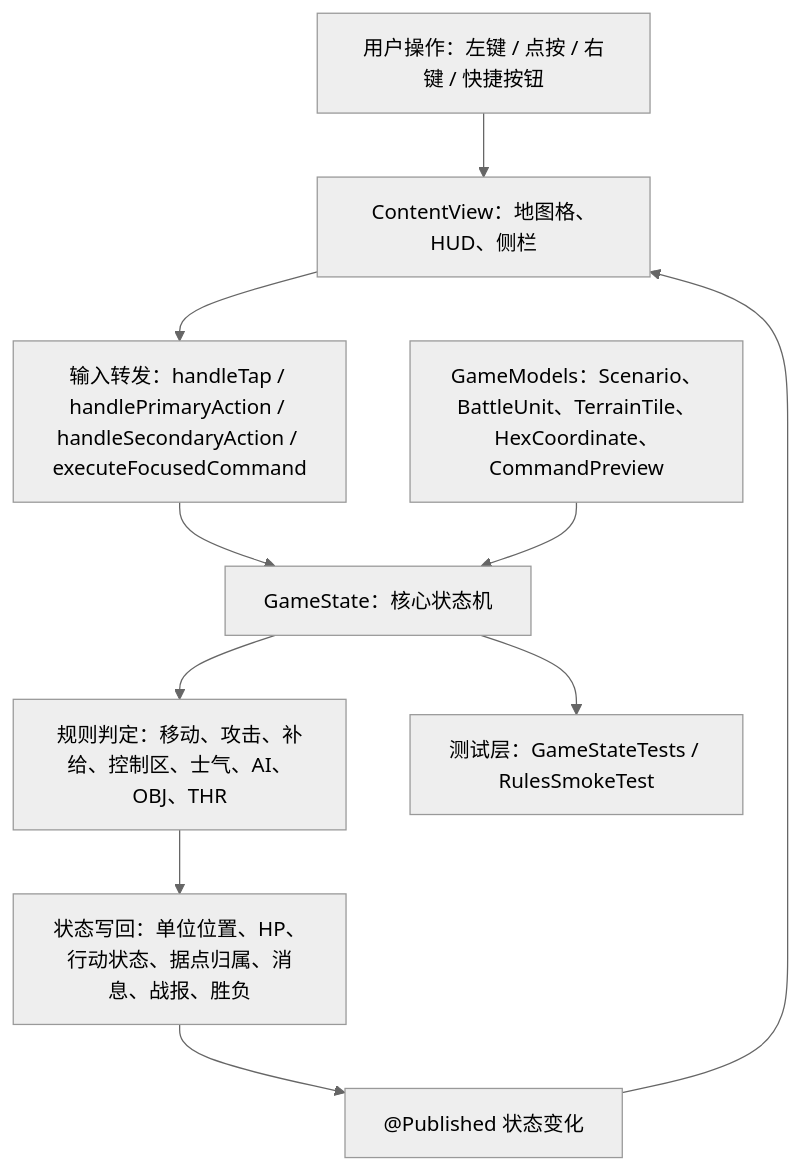
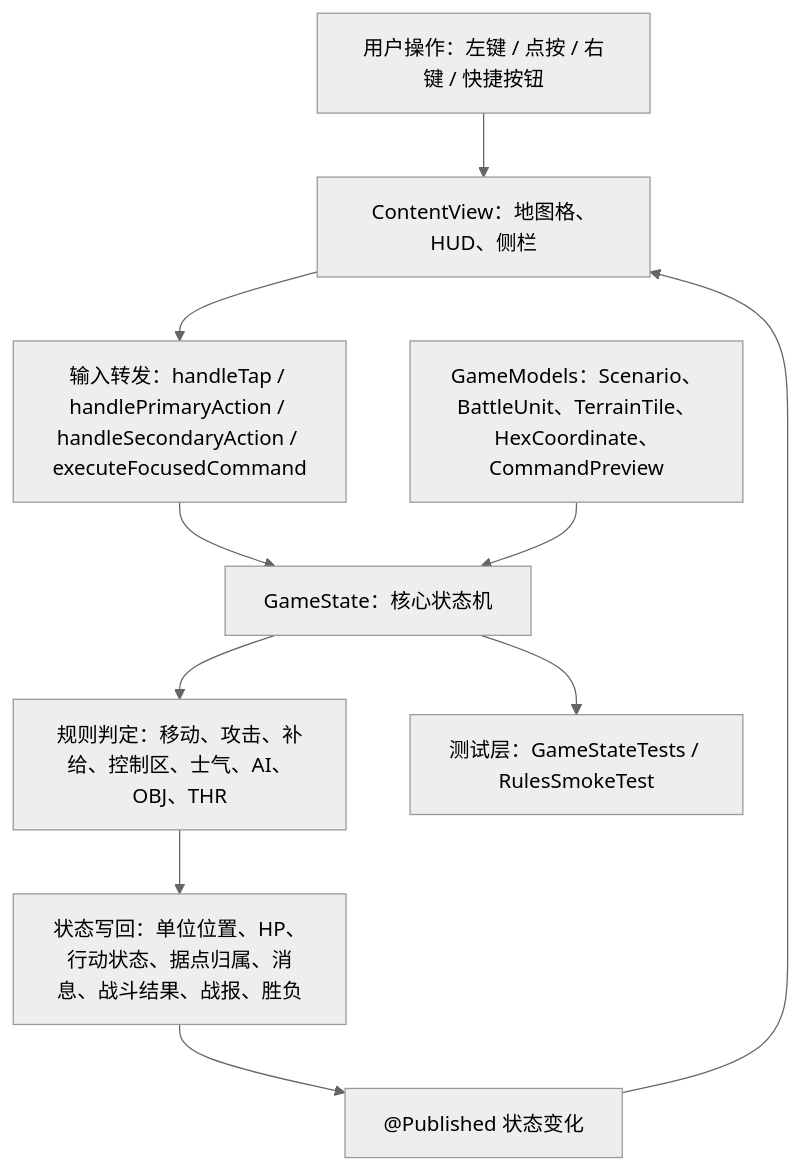
One commit to Altman-sam114/116 changed the first of 5 diagrams in md/flow/flowchart.md. Above: the diagram before and after it, drawn with Mermaid (neutral theme). The commit also changed other lines of this file and 9 other files, not shown here.

````diff
--- a/md/flow/flowchart.md
+++ b/md/flow/flowchart.md
@@ -9,12 +9,12 @@
 ```mermaid
 flowchart TD
   U["用户操作：左键 / 点按 / 右键 / 快捷按钮"] --> V["ContentView：地图格、HUD、侧栏"]
   V --> I["输入转发：handleTap / handlePrimaryAction / handleSecondaryAction / executeFocusedCommand"]
   I --> S["GameState：核心状态机"]
   M["GameModels：Scenario、BattleUnit、TerrainTile、HexCoordinate、CommandPreview"] --> S
   S --> R["规则判定：移动、攻击、补给、控制区、士气、AI、OBJ、THR"]
-  R --> W["状态写回：单位位置、HP、行动状态、据点归属、消息、战报、胜负"]
+  R --> W["状态写回：单位位置、HP、行动状态、据点归属、消息、战斗结果、战报、胜负"]
   W --> P["@Published 状态变化"]
   P --> V
   S --> T["测试层：GameStateTests / RulesSmokeTest"]
 ```
````
